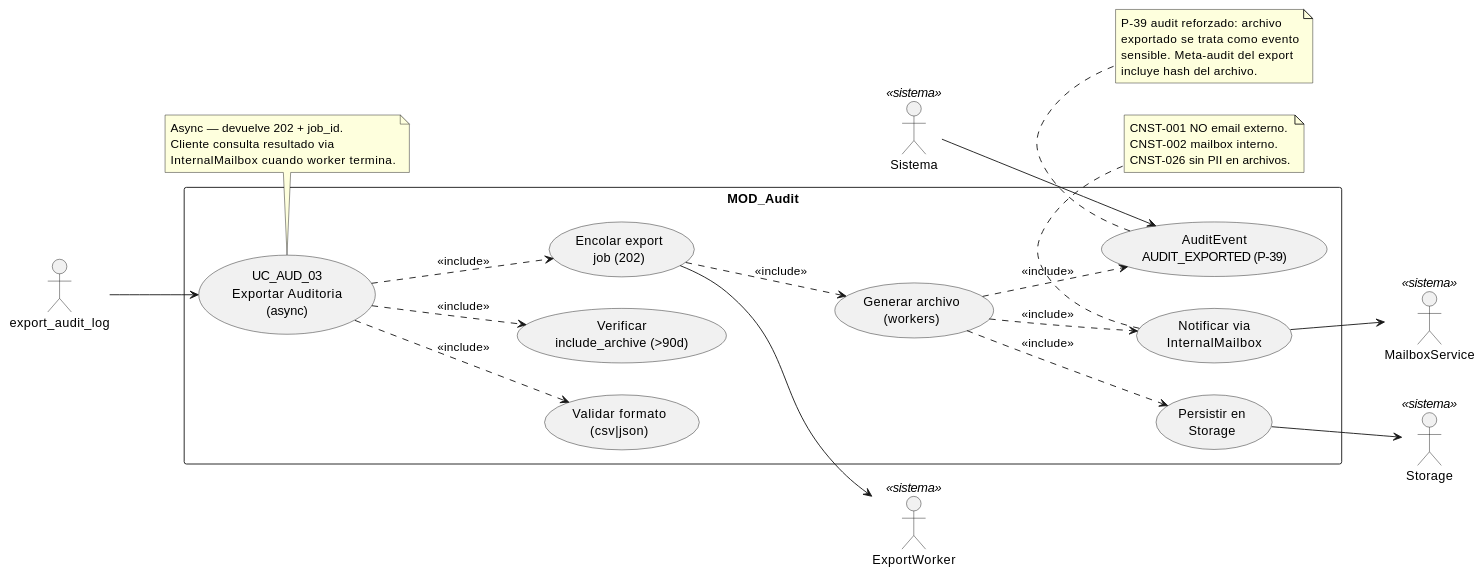
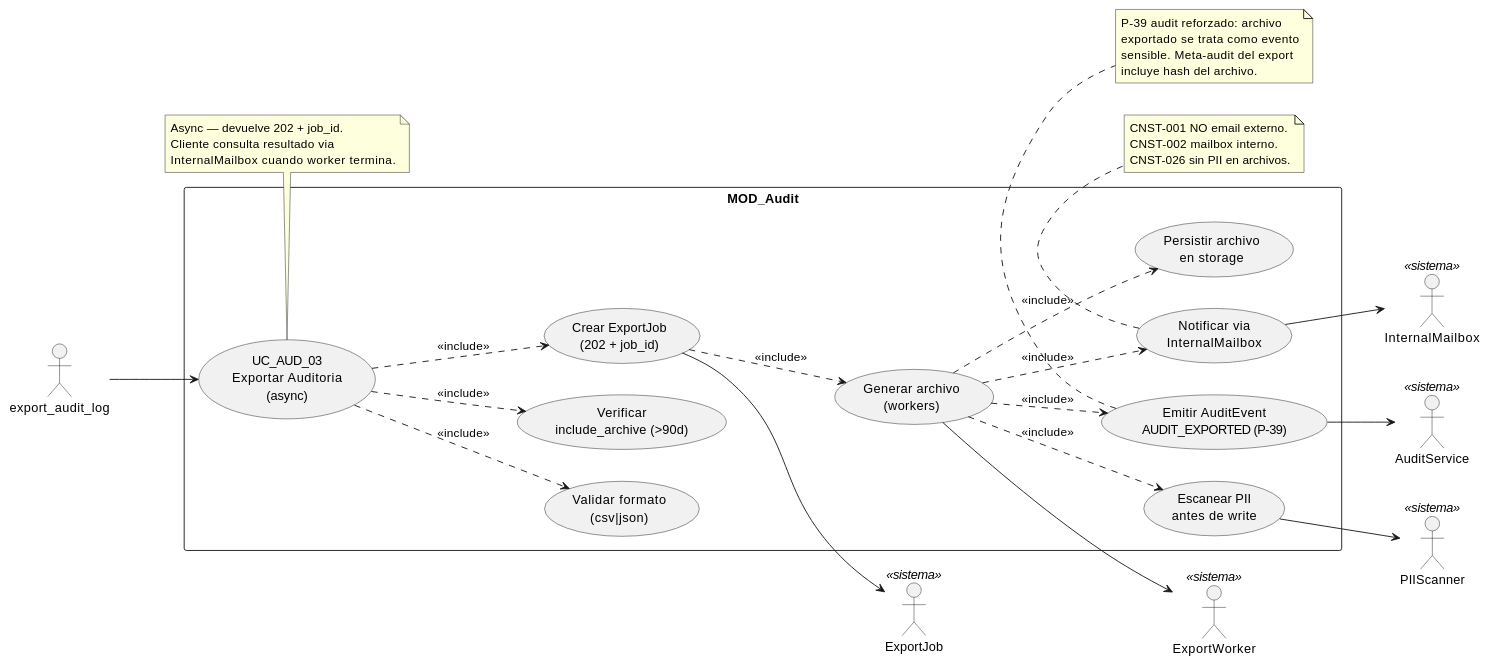
The diagram in source/requisitos/casos-uso/audit/uc-aud-03/diagramas-uml/diagrama-de-caso-de-uso.rst (jcg-admin/IACT-docs), drawn with PlantUML before and after one commit. The commit also changed other lines of this file and 52 other files, not shown here.

```diff
--- a/source/requisitos/casos-uso/audit/uc-aud-03/diagramas-uml/diagrama-de-caso-de-uso.rst
+++ b/source/requisitos/casos-uso/audit/uc-aud-03/diagramas-uml/diagrama-de-caso-de-uso.rst
@@ -4,58 +4,62 @@
 .. uml::
  :caption: UC_AUD_03 — actores y casos asociados
 
  @startuml
 
  left to right direction
 
  actor "export_audit_log" as INVOKER
  actor "ExportWorker" as WORKER <<sistema>>
- actor "Storage" as STORAGE <<sistema>>
- actor "MailboxService" as MAILBOX <<sistema>>
- actor "Sistema" as Sistema <<sistema>>
+ actor "ExportJob" as JOB <<sistema>>
+ actor "InternalMailbox" as MB <<sistema>>
+ actor "PIIScanner" as PII <<sistema>>
+ actor "AuditService" as AS <<sistema>>
 
  rectangle "MOD_Audit" {
    usecase "UC_AUD_03\nExportar Auditoria\n(async)" as UC_AUD_03
    usecase "Validar formato\n(csv|json)" as VALIDAR_FORMATO
    usecase "Verificar\ninclude_archive (>90d)" as VERIFY_ARCHIVE
-   usecase "Encolar export\njob (202)" as ENCOLAR
+   usecase "Crear ExportJob\n(202 + job_id)" as CREATE_JOB
    usecase "Generar archivo\n(workers)" as GENERAR
-   usecase "Persistir en\nStorage" as PERSIST_FILE
+   usecase "Escanear PII\nantes de write" as ESCANEAR_PII
+   usecase "Persistir archivo\nen storage" as PERSIST_FILE
    usecase "Notificar via\nInternalMailbox" as NOTIFICAR
-   usecase "AuditEvent\nAUDIT_EXPORTED (P-39)" as AUDIT
+   usecase "Emitir AuditEvent\nAUDIT_EXPORTED (P-39)" as AUDIT
  }
 
  INVOKER --> UC_AUD_03
  UC_AUD_03 ..> VALIDAR_FORMATO : <<include>>
  UC_AUD_03 ..> VERIFY_ARCHIVE : <<include>>
- UC_AUD_03 ..> ENCOLAR : <<include>>
- ENCOLAR ..> GENERAR : <<include>>
+ UC_AUD_03 ..> CREATE_JOB : <<include>>
+ CREATE_JOB ..> GENERAR : <<include>>
+ GENERAR ..> ESCANEAR_PII : <<include>>
  GENERAR ..> PERSIST_FILE : <<include>>
  GENERAR ..> NOTIFICAR : <<include>>
  GENERAR ..> AUDIT : <<include>>
 
- ENCOLAR --> WORKER
- PERSIST_FILE --> STORAGE
- NOTIFICAR --> MAILBOX
- Sistema --> AUDIT
+ CREATE_JOB --> JOB
+ GENERAR --> WORKER
+ ESCANEAR_PII --> PII
+ NOTIFICAR --> MB
+ AUDIT --> AS
 
  note bottom of UC_AUD_03
    Async — devuelve 202 + job_id.
    Cliente consulta resultado via
    InternalMailbox cuando worker termina.
  end note
 
  note bottom of NOTIFICAR
    CNST-001 NO email externo.
    CNST-002 mailbox interno.
    CNST-026 sin PII en archivos.
  end note
 
  note bottom of AUDIT
    P-39 audit reforzado: archivo
    exportado se trata como evento
    sensible. Meta-audit del export
    incluye hash del archivo.
  end note
 
  @enduml
```
